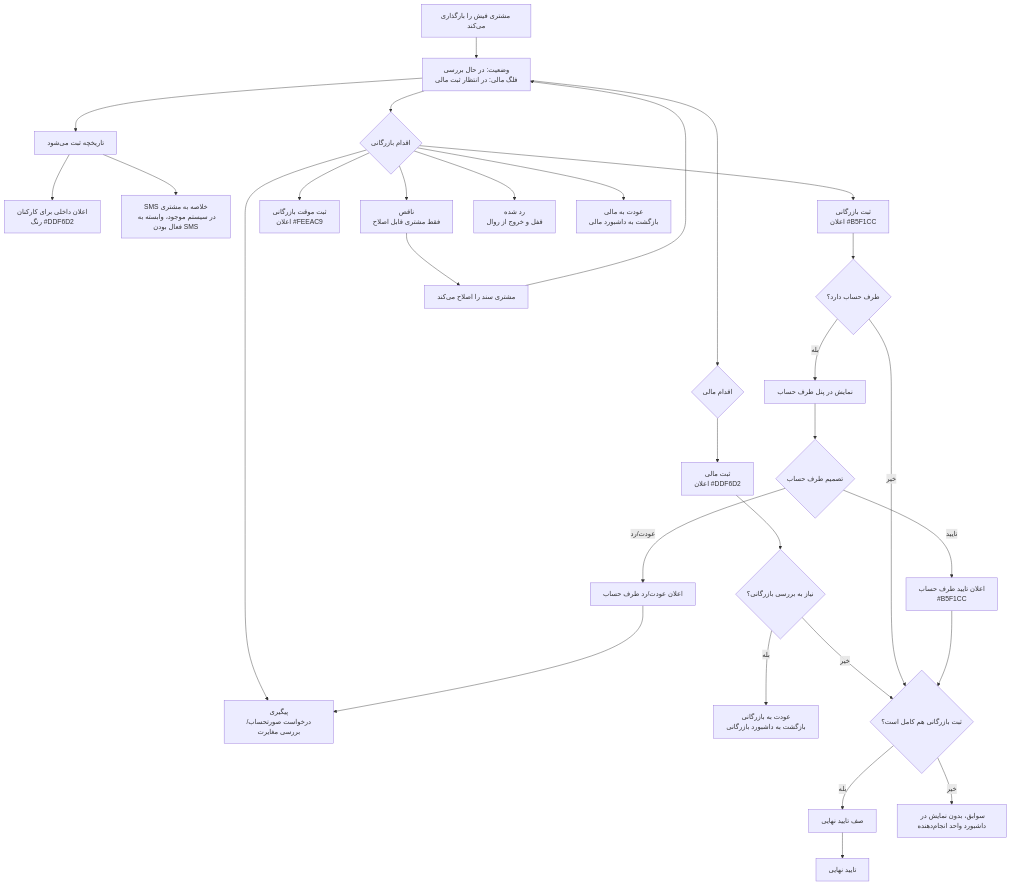
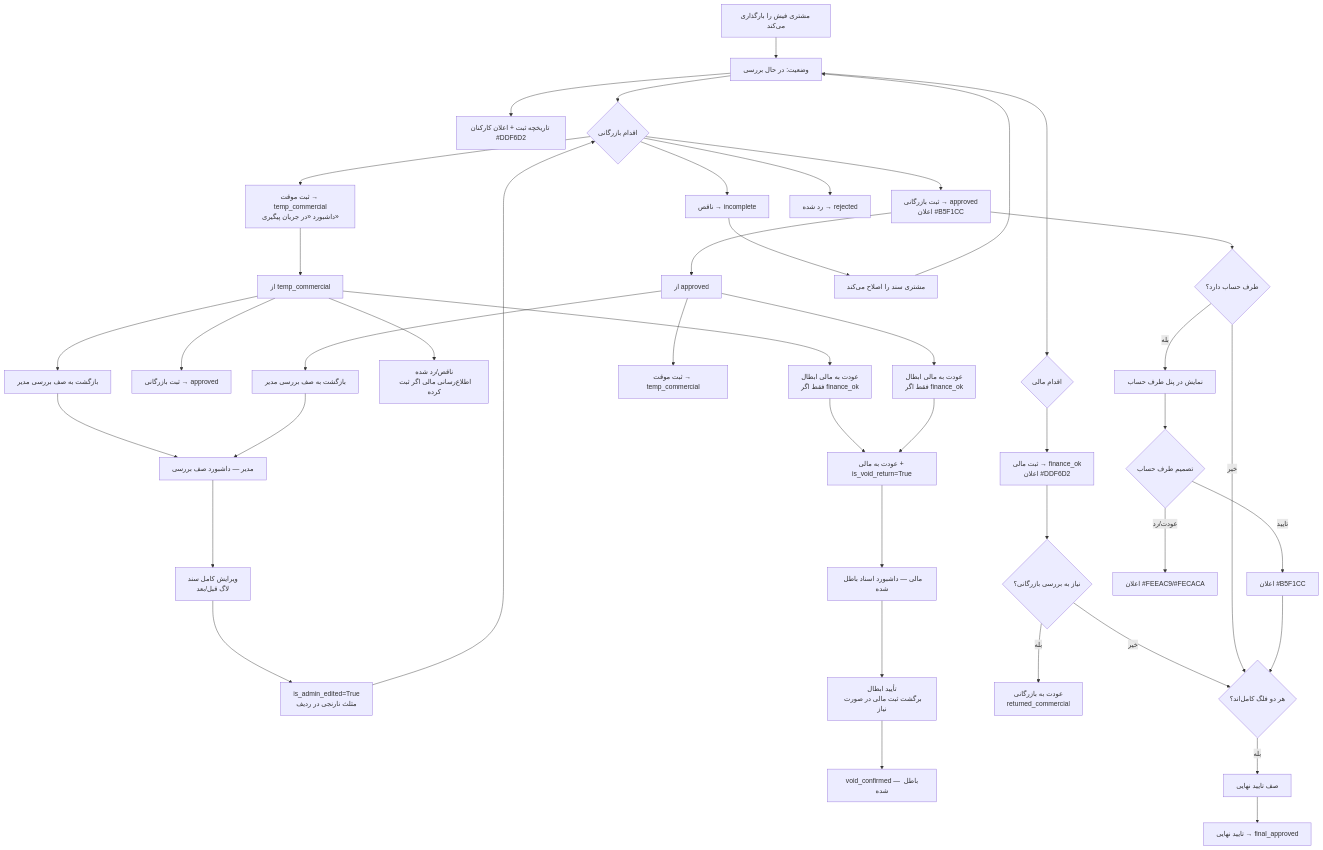
Before and after one commit to Aramousa/payment_app: the diagram in core/docs/payment_receipt_workflow.md, drawn with Mermaid. The commit also changed other lines of this file and 1 other file, not shown here.

Commit message:
Flowchart and flags redesign

````diff
--- a/core/docs/payment_receipt_workflow.md
+++ b/core/docs/payment_receipt_workflow.md
@@ -34,38 +169,55 @@
 ```mermaid
 flowchart TD
-    A[مشتری فیش را بارگذاری می‌کند] --> B[وضعیت: در حال بررسی<br/>فلگ مالی: در انتظار ثبت مالی]
-    B --> C[تاریخچه ثبت می‌شود]
-    C --> D[اعلان داخلی برای کارکنان<br/>رنگ #DDF6D2]
-    C --> E[SMS خلاصه به مشتری<br/>در سیستم موجود، وابسته به فعال بودن SMS]
+    A[مشتری فیش را بارگذاری می‌کند] --> B[وضعیت: در حال بررسی]
+    B --> C[تاریخچه ثبت + اعلان کارکنان #DDF6D2]
 
     B --> F{اقدام بازرگانی}
     B --> G{اقدام مالی}
 
-    F --> H[ثبت بازرگانی<br/>اعلان #B5F1CC]
-    F --> I[ثبت موقت بازرگانی<br/>اعلان #FEEAC9]
-    F --> J[ناقص<br/>فقط مشتری قابل اصلاح]
-    F --> K[رد شده<br/>قفل و خروج از روال]
-    F --> L[عودت به مالی<br/>بازگشت به داشبورد مالی]
-    F --> M[پیگیری<br/>درخواست صورتحساب/بررسی مغایرت]
+    F --> H[ثبت بازرگانی → approved<br/>اعلان #B5F1CC]
+    F --> I[ثبت موقت → temp_commercial<br/>داشبورد «در جریان پیگیری»]
+    F --> J[ناقص → incomplete]
+    F --> K[رد شده → rejected]
 
-    G --> N[ثبت مالی<br/>اعلان #DDF6D2]
+    I --> I1[از temp_commercial]
+    I1 --> I2[ثبت بازرگانی → approved]
+    I1 --> I3[عودت به مالی ابطال<br/>فقط اگر finance_ok]
+    I1 --> I4[ناقص/رد شده<br/>اطلاع‌رسانی مالی اگر ثبت کرده]
+    I1 --> I5[بازگشت به صف بررسی مدیر]
+
+    H --> H1[از approved]
+    H1 --> H2[ثبت موقت → temp_commercial]
+    H1 --> H3[عودت به مالی ابطال<br/>فقط اگر finance_ok]
+    H1 --> H4[بازگشت به صف بررسی مدیر]
+
+    I5 --> ADM[مدیر — داشبورد صف بررسی]
+    H4 --> ADM
+    ADM --> ADM1[ویرایش کامل سند<br/>لاگ قبل/بعد]
+    ADM1 --> ADM2[is_admin_edited=True<br/>مثلث نارنجی در ردیف]
+    ADM2 --> F
+
+    I3 --> VD[عودت به مالی + is_void_return=True]
+    H3 --> VD
+    VD --> VF[مالی — داشبورد اسناد باطل شده]
+    VF --> VF1[تأیید ابطال<br/>برگشت ثبت مالی در صورت نیاز]
+    VF1 --> VOID[void_confirmed — باطل شده]
+
+    G --> N[ثبت مالی → finance_ok<br/>اعلان #DDF6D2]
     N --> O{نیاز به بررسی بازرگانی؟}
-    O -- بله --> P[عودت به بازرگانی<br/>بازگشت به داشبورد بازرگانی]
-    O -- خیر --> Q{ثبت بازرگانی هم کامل است؟}
+    O -- بله --> P[عودت به بازرگانی<br/>returned_commercial]
+    O -- خیر --> Q{هر دو فلگ کامل‌اند؟}
 
     H --> R{طرف حساب دارد؟}
     R -- خیر --> Q
     R -- بله --> S[نمایش در پنل طرف حساب]
     S --> T{تصمیم طرف حساب}
-    T -- تایید --> U[اعلان تایید طرف حساب<br/>#B5F1CC]
-    T -- عودت/رد --> V[اعلان عودت/رد طرف حساب]
-    V --> M
+    T -- تایید --> U[اعلان #B5F1CC]
+    T -- عودت/رد --> V[اعلان #FEEAC9/#FECACA]
     U --> Q
 
     Q -- بله --> W[صف تایید نهایی]
-    Q -- خیر --> X[سوابق، بدون نمایش در داشبورد واحد انجام‌دهنده]
-    W --> Y[تایید نهایی]
+    W --> Y[تایید نهایی → final_approved]
 
     J --> Z[مشتری سند را اصلاح می‌کند]
     Z --> B
 ```
````
